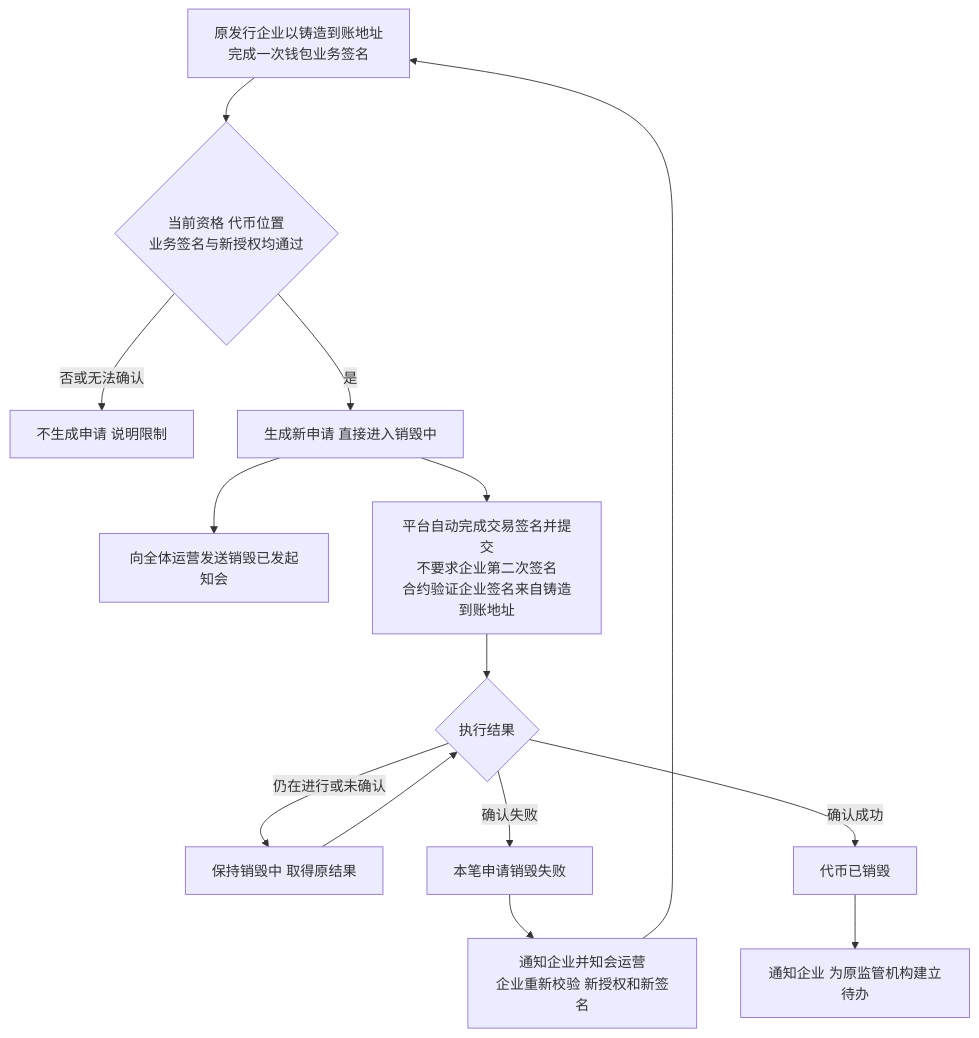
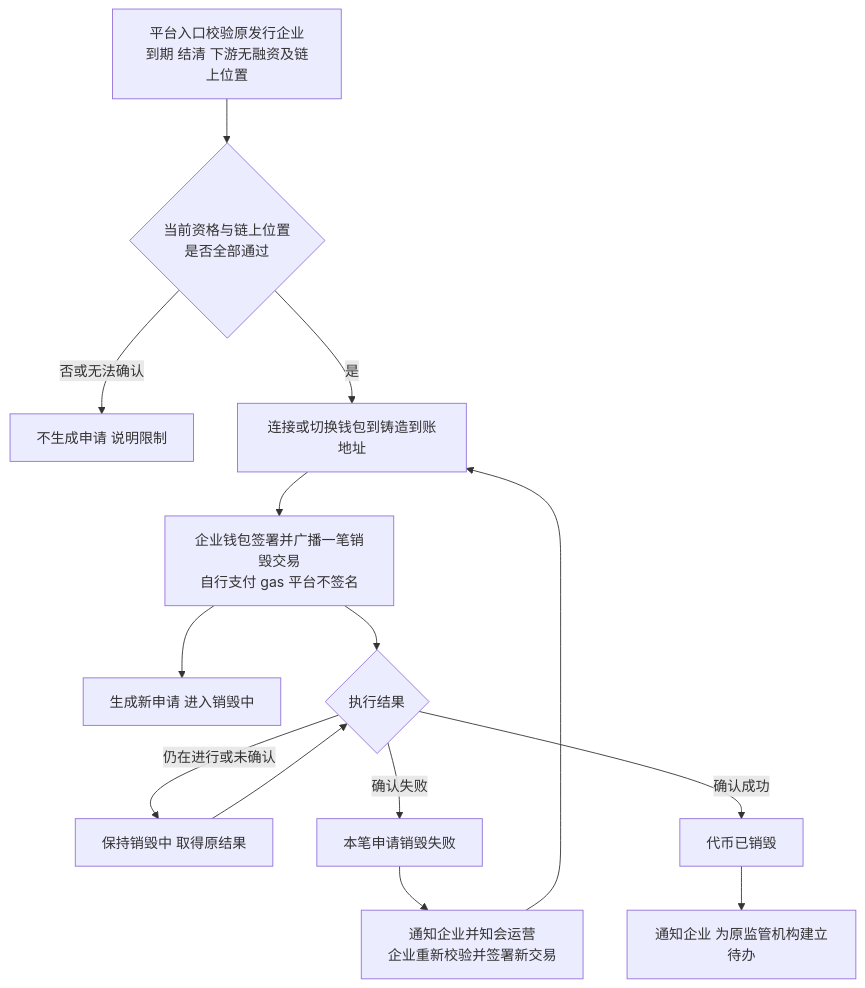
One commit to wxblockchain/Chain-Financing changed the first of 5 diagrams in token-issuance-platform/PRD/管理端/M4b-销毁审核与解除质押/02-销毁审核与解除质押-流程图与状态机.md. Above: the diagram before and after it, drawn with Mermaid. The commit also changed other lines of this file and 15 other files, not shown here.

````diff
--- a/token-issuance-platform/PRD/管理端/M4b-销毁审核与解除质押/02-销毁审核与解除质押-流程图与状态机.md
+++ b/token-issuance-platform/PRD/管理端/M4b-销毁审核与解除质押/02-销毁审核与解除质押-流程图与状态机.md
@@ -18,16 +18,16 @@
 ```mermaid
 flowchart TD
-    A[原发行企业以铸造到账地址<br/>完成一次钱包业务签名] --> B{当前资格 代币位置<br/>业务签名与新授权均通过}
+    A[平台入口校验原发行企业<br/>到期 结清 下游无融资及链上位置] --> B{当前资格与链上位置<br/>是否全部通过}
     B -->|否或无法确认| C[不生成申请 说明限制]
-    B -->|是| D[生成新申请 直接进入销毁中]
-    D --> E[向全体运营发送销毁已发起知会]
-    D --> F[平台自动完成交易签名并提交<br/>不要求企业第二次签名<br/>合约验证企业签名来自铸造到账地址]
+    B -->|是| D[连接或切换钱包到铸造到账地址]
+    D --> F[企业钱包签署并广播一笔销毁交易<br/>自行支付 gas 平台不签名]
+    F --> X[生成新申请 进入销毁中]
     F --> G{执行结果}
     G -->|仍在进行或未确认| H[保持销毁中 取得原结果]
     H --> G
     G -->|确认失败| I[本笔申请销毁失败]
-    I --> J[通知企业并知会运营<br/>企业重新校验 新授权和新签名]
-    J --> A
+    I --> J[通知企业并知会运营<br/>企业重新校验并签署新交易]
+    J --> D
     G -->|确认成功| K[代币已销毁]
     K --> L[通知企业 为原监管机构建立待办]
 ```
````
